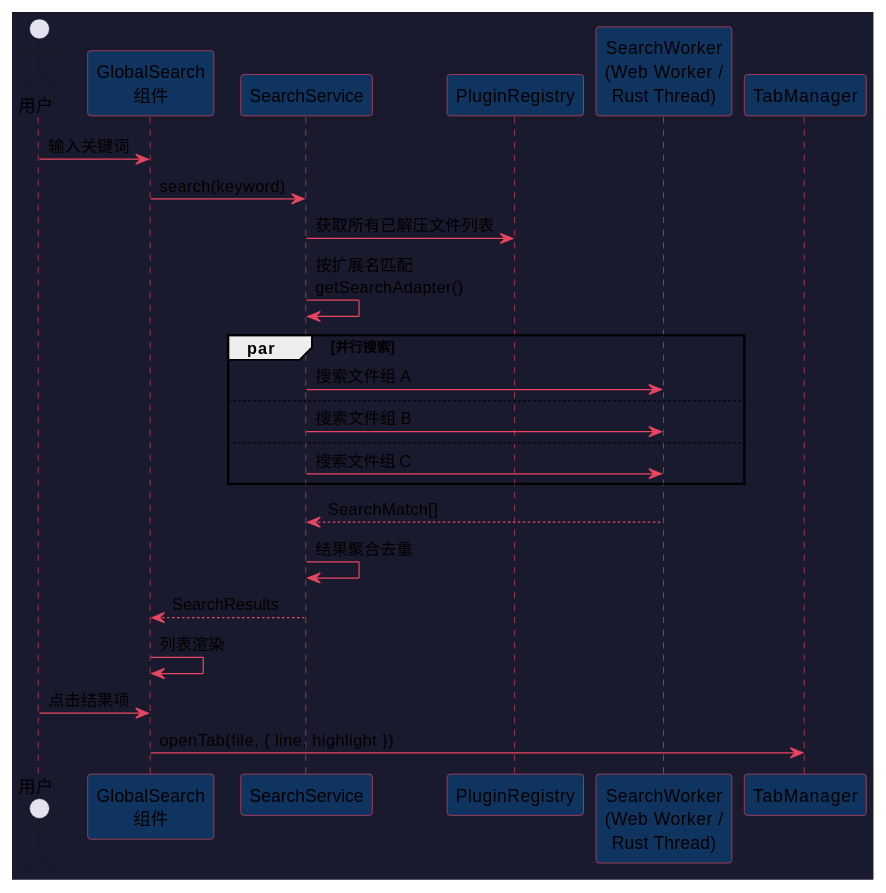
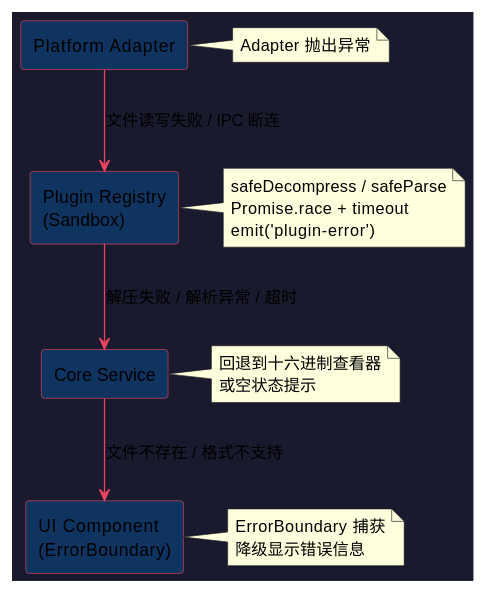
Diagram 15 of 20 in docs/superpowers/specs/2026-06-26-system-architecture-design.md (taoweidong/Hello-Tauri), drawn with PlantUML before and after one commit. The commit also changed other lines of this file, not shown here.

Commit message:
docs: restructure into frontend/backend design, add page layout and component mapping

````diff
--- a/docs/superpowers/specs/2026-06-26-system-architecture-design.md
+++ b/docs/superpowers/specs/2026-06-26-system-architecture-design.md
@@ -517,38 +890,35 @@
 ```plantuml
 @startuml
 skinparam backgroundColor #1a1a2e
 skinparam defaultTextColor #e0e0e0
-skinparam sequenceArrowColor #e94560
-skinparam sequenceParticipantBackgroundColor #0f3460
-skinparam sequenceParticipantBorderColor #e94560
-skinparam sequenceLifeLineBorderColor #e94560
+skinparam rectangleBackgroundColor #0f3460
+skinparam rectangleBorderColor #e94560
+skinparam arrowColor #e94560
 
-actor 用户
-participant "GlobalSearch\n组件" as Search
-participant "SearchService" as Svc
-participant "PluginRegistry" as Registry
-participant "SearchWorker\n(Web Worker /\nRust Thread)" as Worker
-participant "TabManager" as Tab
+rectangle "Platform Adapter" as PA
+rectangle "Plugin Registry\n(Sandbox)" as PR
+rectangle "Core Service" as CS
+rectangle "UI Component\n(ErrorBoundary)" as UI
 
-用户 -> Search : 输入关键词
-Search -> Svc : search(keyword)
-Svc -> Registry : 获取所有已解压文件列表
-Svc -> Svc : 按扩展名匹配\ngetSearchAdapter()
+PA --> PR : 文件读写失败 / IPC 断连
+note right of PA: Adapter 抛出异常
 
-par 并行搜索
-  Svc -> Worker : 搜索文件组 A
-else
-  Svc -> Worker : 搜索文件组 B
-else
-  Svc -> Worker : 搜索文件组 C
-end
+PR --> CS : 解压失败 / 解析异常 / 超时
+note right of PR
+  safeDecompress / safeParse
+  Promise.race + timeout
+  emit('plugin-error')
+end note
 
-Worker --> Svc : SearchMatch[]
-Svc -> Svc : 结果聚合去重
-Svc --> Search : SearchResults
-Search -> Search : 列表渲染
+CS --> UI : 文件不存在 / 格式不支持
+note right of CS
+  回退到十六进制查看器
+  或空状态提示
+end note
 
-用户 -> Search : 点击结果项
-Search -> Tab : openTab(file, { line, highlight })
+note right of UI
+  ErrorBoundary 捕获
+  降级显示错误信息
+end note
 @enduml
 ```
````
